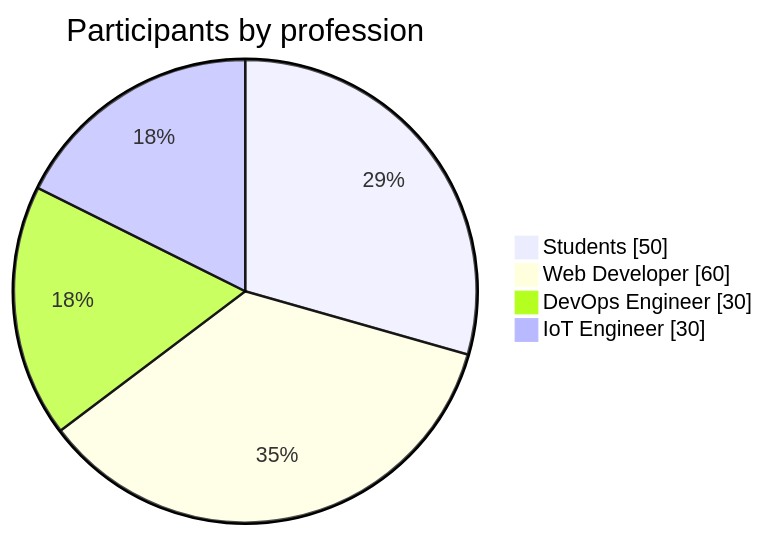
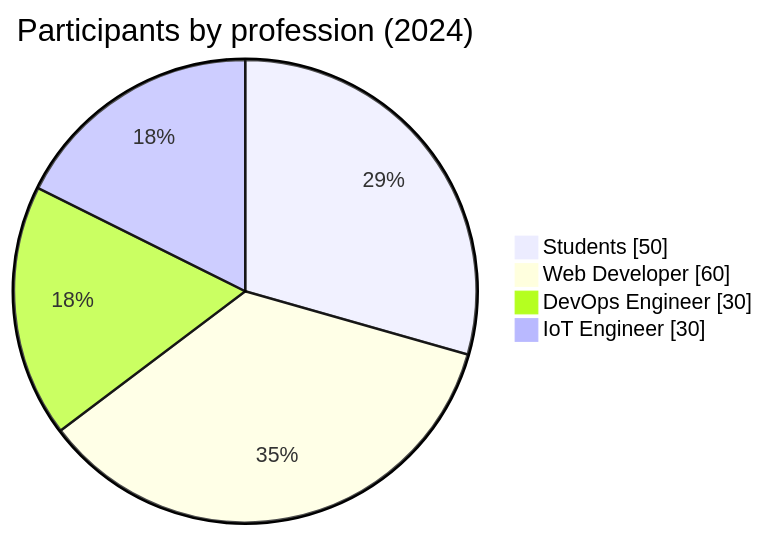
One commit to ubucon-asia/sponsorship-prospectus changed the diagram in sponsorship-prospectus.md. Above: the diagram before and after it, drawn with Mermaid. The commit also changed other lines of this file, not shown here.

```diff
--- a/sponsorship-prospectus.md
+++ b/sponsorship-prospectus.md
@@ -82,9 +94,9 @@
 <pre class="mermaid mermaid-100h">
 pie showData
-title Participants by profession
+title Participants by profession (2024)
     "Students" : 50
     "Web Developer" : 60
     "DevOps Engineer" : 30
     "IoT Engineer" : 30
 
 </pre>
```
